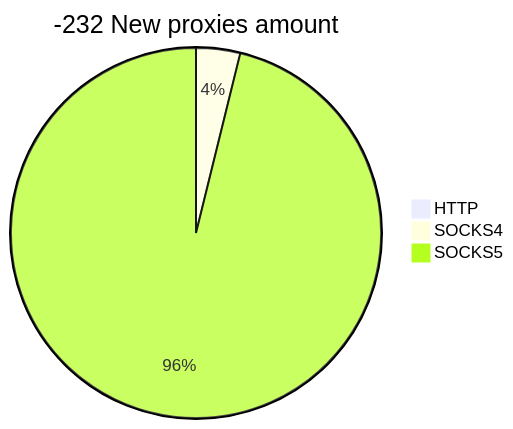
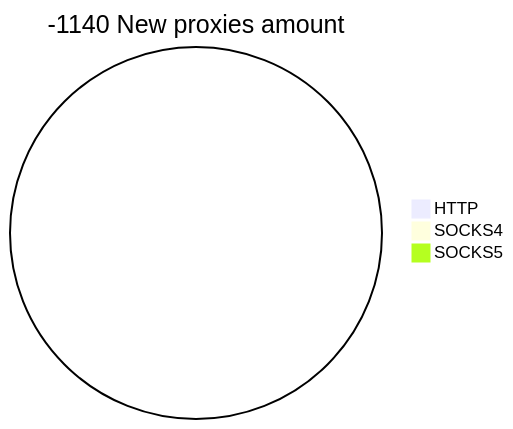
The second of 2 diagrams in README.md (cutipu/proxylist), drawn with Mermaid before and after one commit. The commit also changed other lines of this file, not shown here.

````diff
--- a/README.md
+++ b/README.md
@@ -10,6 +10,6 @@
 ```mermaid
-pie title -232 New proxies amount
+pie title -1140 New proxies amount
     "HTTP" : 0
-    "SOCKS4" : 2
-    "SOCKS5" : 50
+    "SOCKS4" : 0
+    "SOCKS5" : 0
 ```
````
